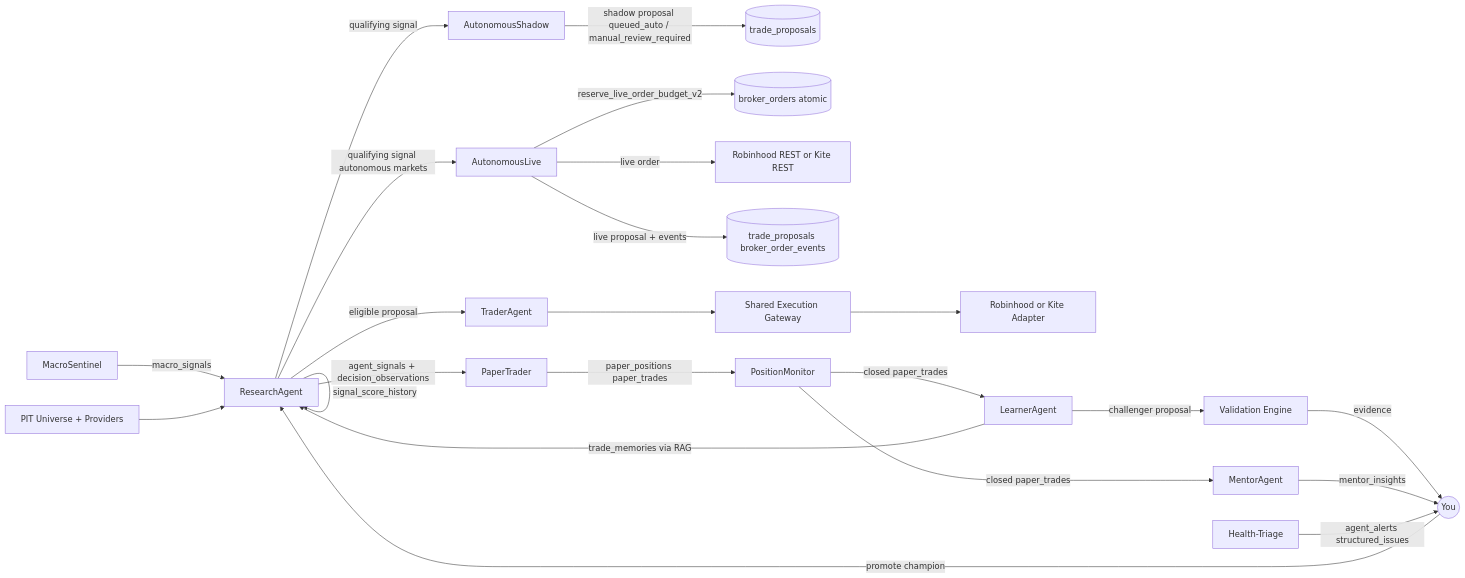
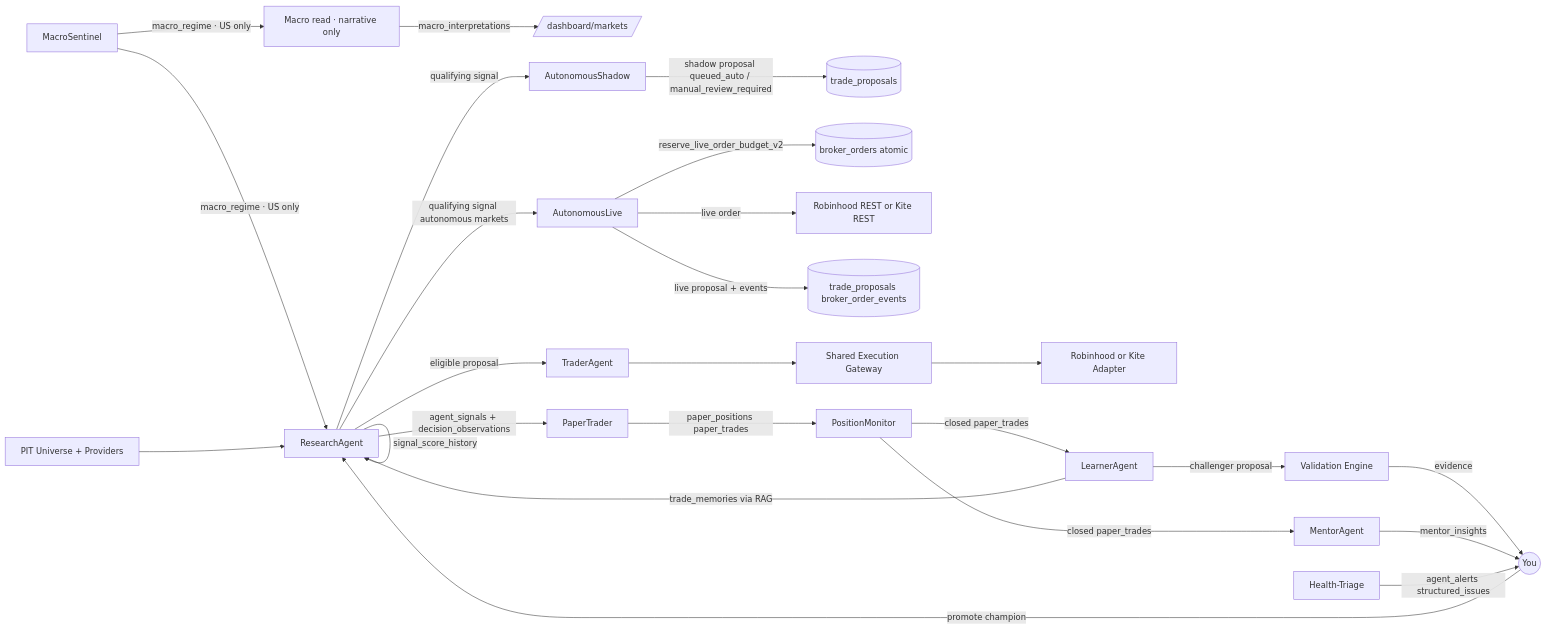
One commit to vaibhavtiwarigithub/financeos changed the diagram in docs/arch/03-agents.md. Above: the diagram before and after it, drawn with Mermaid. The commit also changed other lines of this file and 8 other files, not shown here.

First line of the commit message:
Kill the India macro read; fix macro-read's 4-day silent outage

````diff
--- a/docs/arch/03-agents.md
+++ b/docs/arch/03-agents.md
@@ -15,25 +15,27 @@
 ```mermaid
 flowchart LR
-  MACRO[MacroSentinel] --> |macro_signals| RESEARCH[ResearchAgent]
+  MACRO[MacroSentinel] --> |macro_regime · US only| RESEARCH[ResearchAgent]
+  MACRO --> |macro_regime · US only| MACROREAD[Macro read · narrative only]
+  MACROREAD --> |macro_interpretations| MARKETS[/dashboard/markets/]
   UNIVERSE[PIT Universe + Providers] --> RESEARCH
   RESEARCH --> |agent_signals + decision_observations| PAPER[PaperTrader]
   RESEARCH --> |eligible proposal| TRADER[TraderAgent]
   RESEARCH --> |qualifying signal| SHADOW[AutonomousShadow]
   SHADOW --> |shadow proposal queued_auto / manual_review_required| PROPOSALS[(trade_proposals)]
   RESEARCH --> |qualifying signal autonomous markets| LIVE[AutonomousLive]
   LIVE --> |reserve_live_order_budget_v2| BUDGET[(broker_orders atomic)]
   LIVE --> |live order| BROKER2[Robinhood REST or Kite REST]
   LIVE --> |live proposal + events| LIVEAUDIT[(trade_proposals broker_order_events)]
   TRADER --> GATEWAY[Shared Execution Gateway]
   GATEWAY --> BROKER[Robinhood or Kite Adapter]
   RESEARCH --> |signal_score_history| RESEARCH
   PAPER --> |paper_positions paper_trades| MONITOR[PositionMonitor]
   MONITOR --> |closed paper_trades| LEARNER[LearnerAgent]
   LEARNER --> |challenger proposal| VALIDATE[Validation Engine]
   VALIDATE --> |evidence| USER((You))
   USER --> |promote champion| RESEARCH
   MONITOR --> |closed paper_trades| MENTOR[MentorAgent]
   MENTOR --> |mentor_insights| USER
   HEALTH[Health-Triage] --> |agent_alerts structured_issues| USER
   LEARNER --> |trade_memories via RAG| RESEARCH
 ```
````
